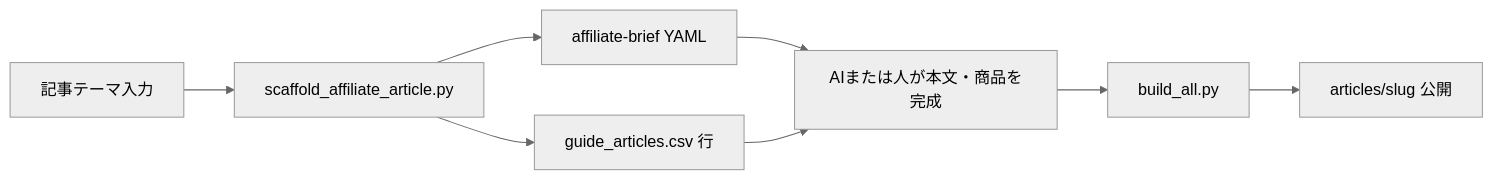
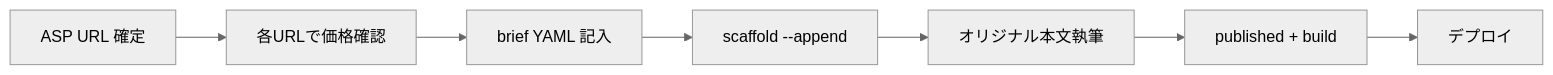
One commit to takkenshiken2026-sudo/kangyou-master changed the diagram in docs/affiliate/auto-create-workflow.md. Above: the diagram before and after it, drawn with Mermaid (neutral theme). The commit also changed other lines of this file and 2782 other files, not shown here.

````diff
--- a/docs/affiliate/auto-create-workflow.md
+++ b/docs/affiliate/auto-create-workflow.md
@@ -10,10 +12,9 @@
 ```mermaid
 flowchart LR
-  A[記事テーマ入力] --> B[scaffold_affiliate_article.py]
-  B --> C[affiliate-brief YAML]
-  B --> D[guide_articles.csv 行]
-  C --> E[AIまたは人が本文・商品を完成]
-  D --> E
-  E --> F[build_all.py]
-  F --> G[articles/slug 公開]
+  A[ASP URL 確定] --> B[各URLで価格確認]
+  B --> C[brief YAML 記入]
+  C --> D[scaffold --append]
+  D --> E[オリジナル本文執筆]
+  E --> F[published + build]
+  F --> G[デプロイ]
 ```
````
